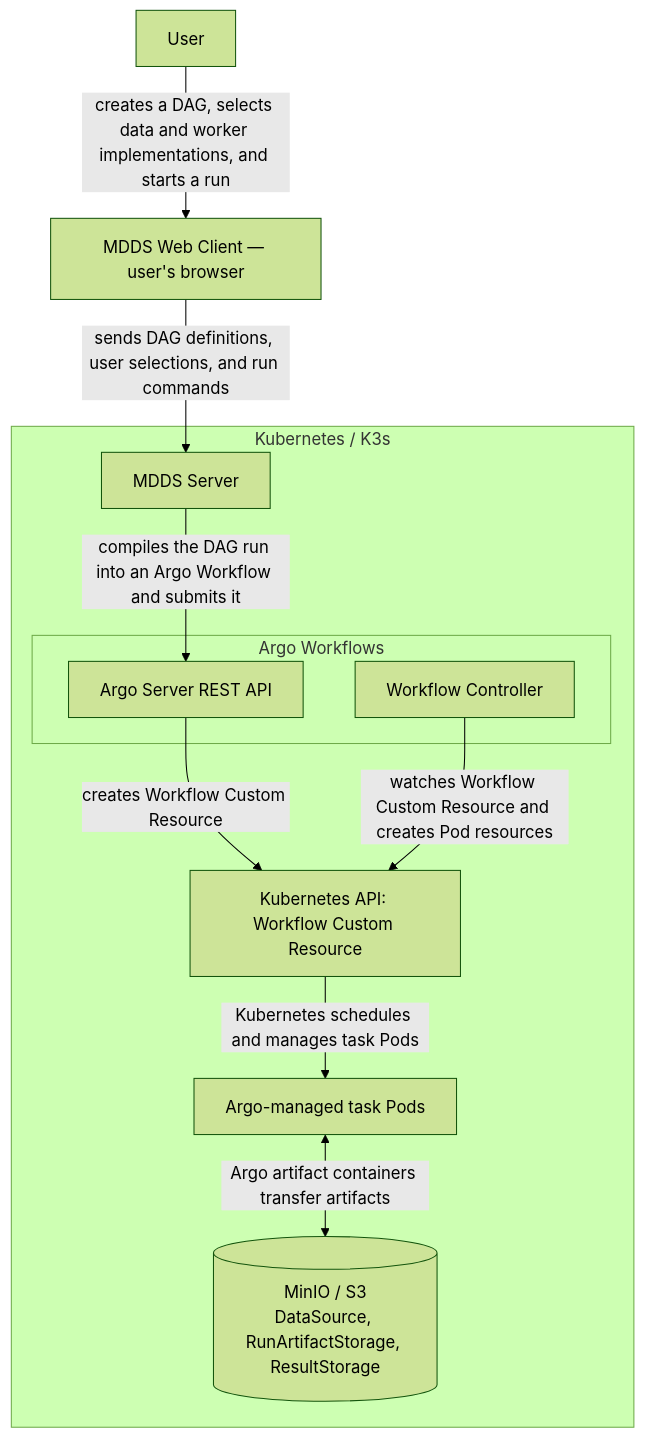
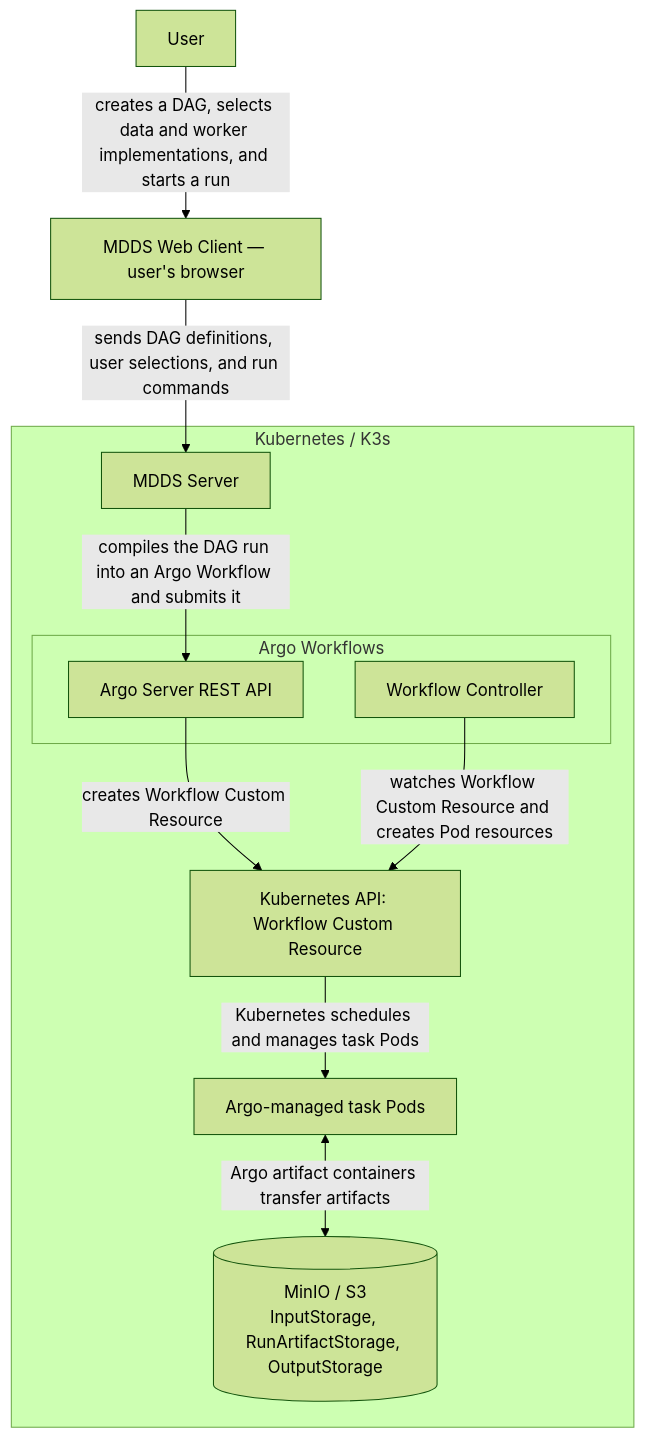
Before and after one commit to oleksiy-sayankin/mdds: the seventh of 7 diagrams in mdds-docs/ARCHITECTURE.md, drawn with Mermaid (forest theme). The commit also changed other lines of this file, not shown here.

````diff
--- a/mdds-docs/ARCHITECTURE.md
+++ b/mdds-docs/ARCHITECTURE.md
@@ -995,26 +1117,26 @@
 ```mermaid
 flowchart TD
     USER["User"]
     WEB_CLIENT["MDDS Web Client — user's browser"]
 
     subgraph K8S["Kubernetes / K3s"]
         WEB_SERVER["MDDS Server"]
         K8S_API["Kubernetes API: Workflow Custom Resource"]
 
         subgraph ARGO["Argo Workflows"]
             ARGO_SERVER["Argo Server REST API"]
             ARGO_CONTROLLER["Workflow Controller"]
         end
 
         K8S_POD["Argo-managed task Pods"]
-        MINIO_S3[("MinIO / S3<br/>DataSource, RunArtifactStorage, ResultStorage")]
+        MINIO_S3[("MinIO / S3<br/>InputStorage, RunArtifactStorage, OutputStorage")]
     end
 
     USER -->|"creates a DAG, selects data and worker implementations, and starts a run"| WEB_CLIENT
     WEB_CLIENT -->|"sends DAG definitions, user selections, and run commands"| WEB_SERVER
     WEB_SERVER -->|"compiles the DAG run into an Argo Workflow and submits it"| ARGO_SERVER
     ARGO_SERVER -->|"creates Workflow Custom Resource"| K8S_API
     ARGO_CONTROLLER -->|"watches Workflow Custom Resource and creates Pod resources"| K8S_API
     K8S_API -->|"Kubernetes schedules and manages task Pods"| K8S_POD
     K8S_POD <-->|"Argo artifact containers transfer artifacts"| MINIO_S3
 ```
````
